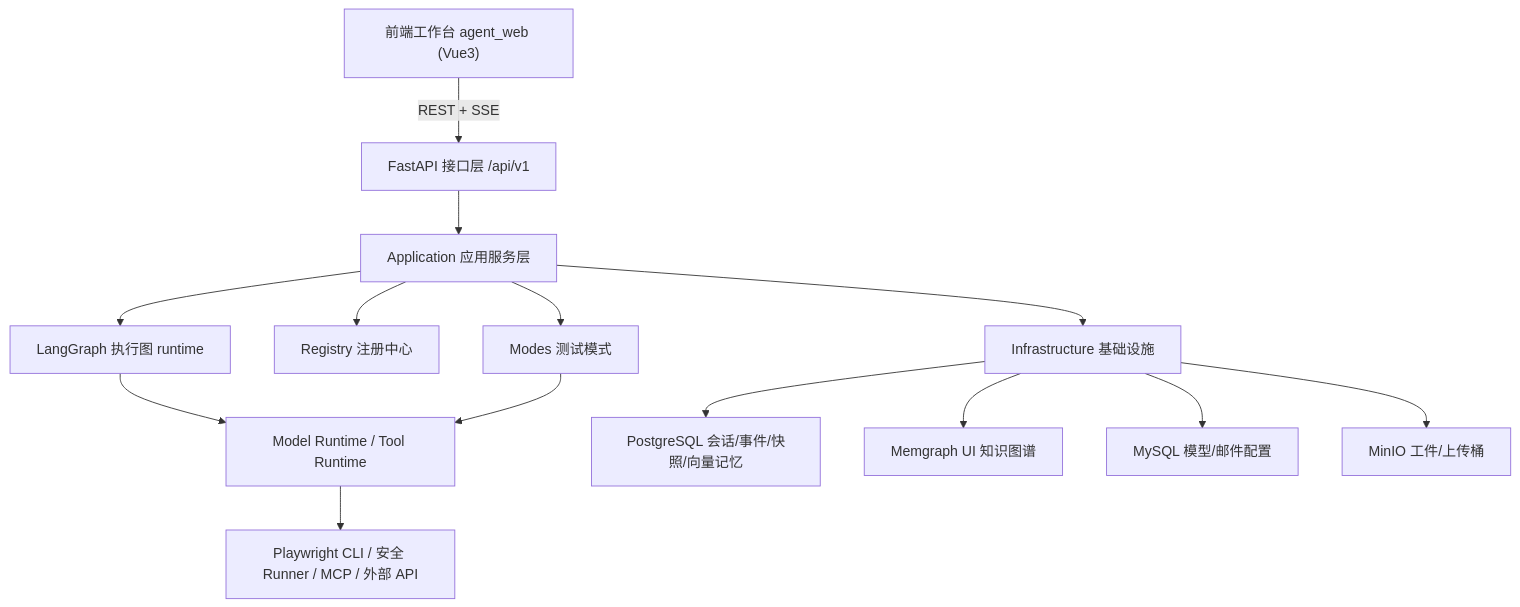
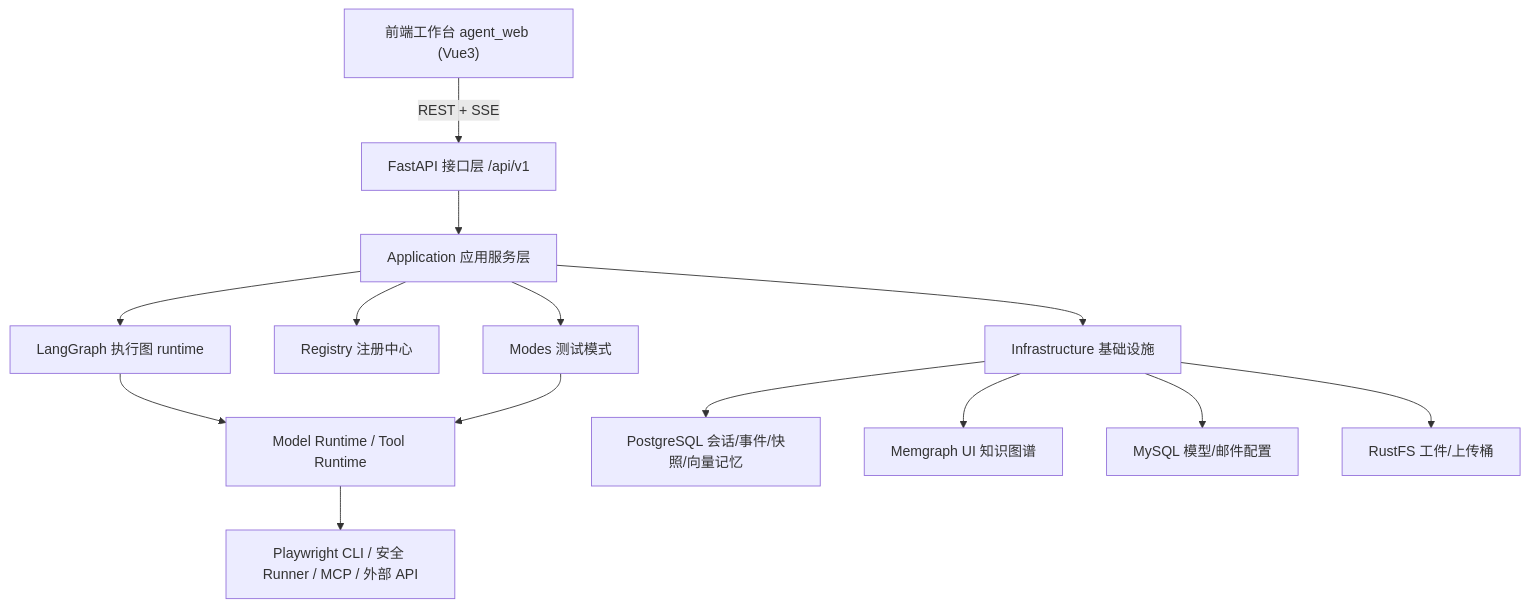
The diagram in Enterprise_AI_QA_Agent/agent_web/docs/docs/2._整体架构.md (whzsyx/Ai_Test_Agent), drawn with Mermaid before and after one commit. The commit also changed other lines of this file and 42 other files, not shown here.

````diff
--- a/Enterprise_AI_QA_Agent/agent_web/docs/docs/2._整体架构.md
+++ b/Enterprise_AI_QA_Agent/agent_web/docs/docs/2._整体架构.md
@@ -19,16 +19,16 @@
 ```mermaid
 flowchart TD
     A["前端工作台 agent_web (Vue3)"] -->|REST + SSE| B["FastAPI 接口层 /api/v1"]
     B --> C["Application 应用服务层"]
     C --> D["LangGraph 执行图 runtime"]
     C --> E["Registry 注册中心"]
     C --> F["Modes 测试模式"]
     D --> G["Model Runtime / Tool Runtime"]
     F --> G
     G --> H["Playwright CLI / 安全 Runner / MCP / 外部 API"]
     C --> I["Infrastructure 基础设施"]
     I --> I1["PostgreSQL 会话/事件/快照/向量记忆"]
     I --> I2["Memgraph UI 知识图谱"]
     I --> I3["MySQL 模型/邮件配置"]
-    I --> I4["MinIO 工件/上传桶"]
+    I --> I4["RustFS 工件/上传桶"]
 ```
````
